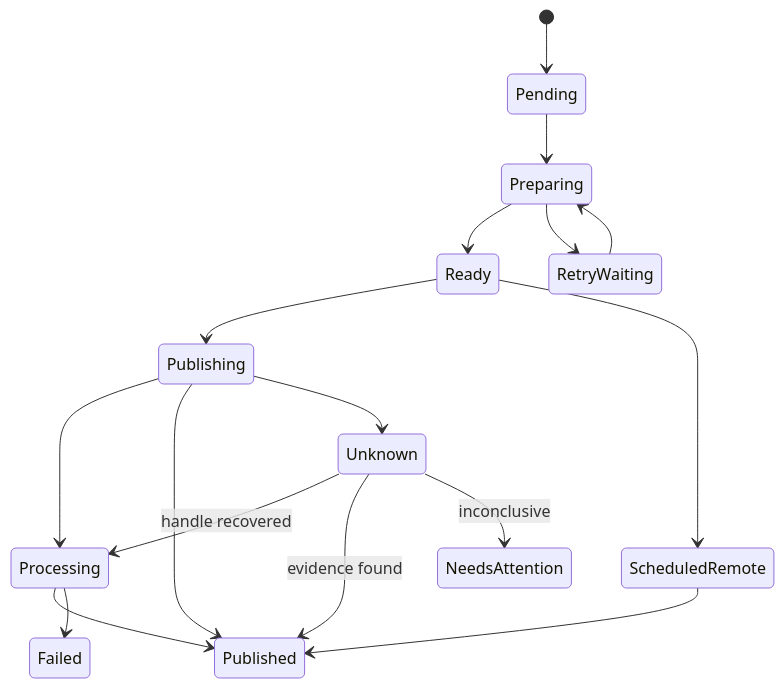
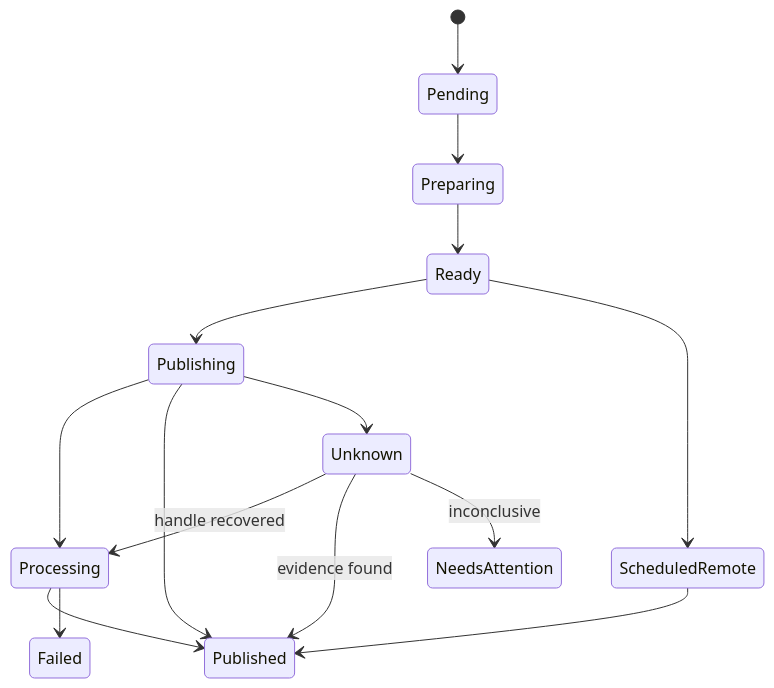
Before and after one commit to shinp-dev/post-router: the diagram in docs/scheduling.md, drawn with Mermaid. The commit also changed other lines of this file and 13 other files, not shown here.

````diff
--- a/docs/scheduling.md
+++ b/docs/scheduling.md
@@ -22,19 +22,17 @@
 ```mermaid
 stateDiagram-v2
     [*] --> Pending
     Pending --> Preparing
     Preparing --> Ready
-    Preparing --> RetryWaiting
     Ready --> Publishing
     Ready --> ScheduledRemote
     Publishing --> Processing
     Publishing --> Published
     Publishing --> Unknown
     Processing --> Published
     Processing --> Failed
     ScheduledRemote --> Published
-    RetryWaiting --> Preparing
     Unknown --> Processing: handle recovered
     Unknown --> Published: evidence found
     Unknown --> NeedsAttention: inconclusive
 ```
````
